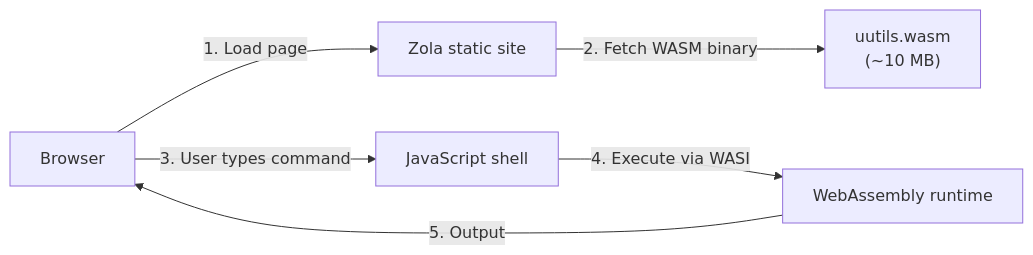
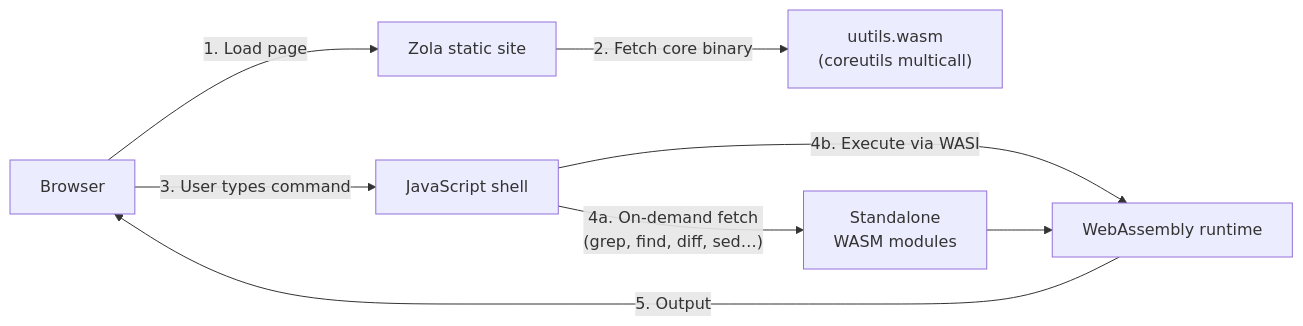
Before and after one commit to uutils/uutils.github.io: the first of 9 diagrams in content/playground-how-it-works.md, drawn with Mermaid. The commit also changed other lines of this file, not shown here.

First line of the commit message:
Update playground-how-it-works for on-demand WASM module loading

```diff
--- a/content/playground-how-it-works.md
+++ b/content/playground-how-it-works.md
@@ -13,8 +13,10 @@
 <pre class="mermaid">
 flowchart LR
     A["Browser"] -->|"1. Load page"| B["Zola static site"]
-    B -->|"2. Fetch WASM binary"| C["uutils.wasm<br/>(~10 MB)"]
+    B -->|"2. Fetch core binary"| C["uutils.wasm<br/>(coreutils multicall)"]
     A -->|"3. User types command"| D["JavaScript shell"]
-    D -->|"4. Execute via WASI"| E["WebAssembly runtime"]
+    D -->|"4a. On-demand fetch<br/>(grep, find, diff, sed…)"| F["Standalone<br/>WASM modules"]
+    D -->|"4b. Execute via WASI"| E["WebAssembly runtime"]
+    F --> E
     E -->|"5. Output"| A
 </pre>
```
